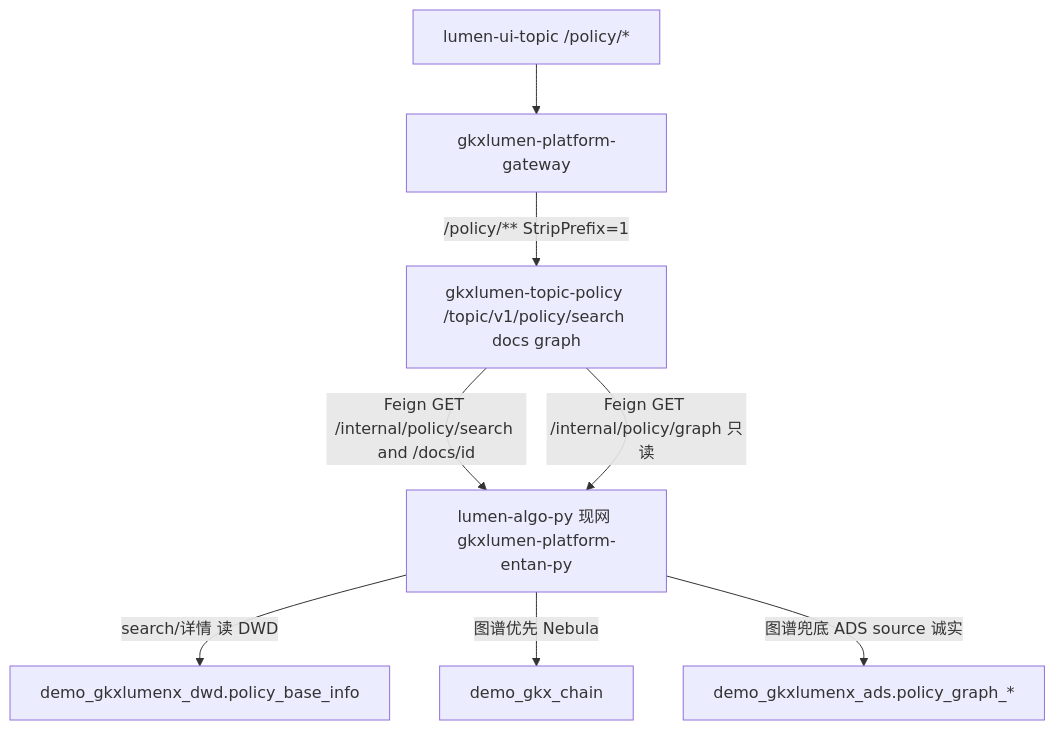
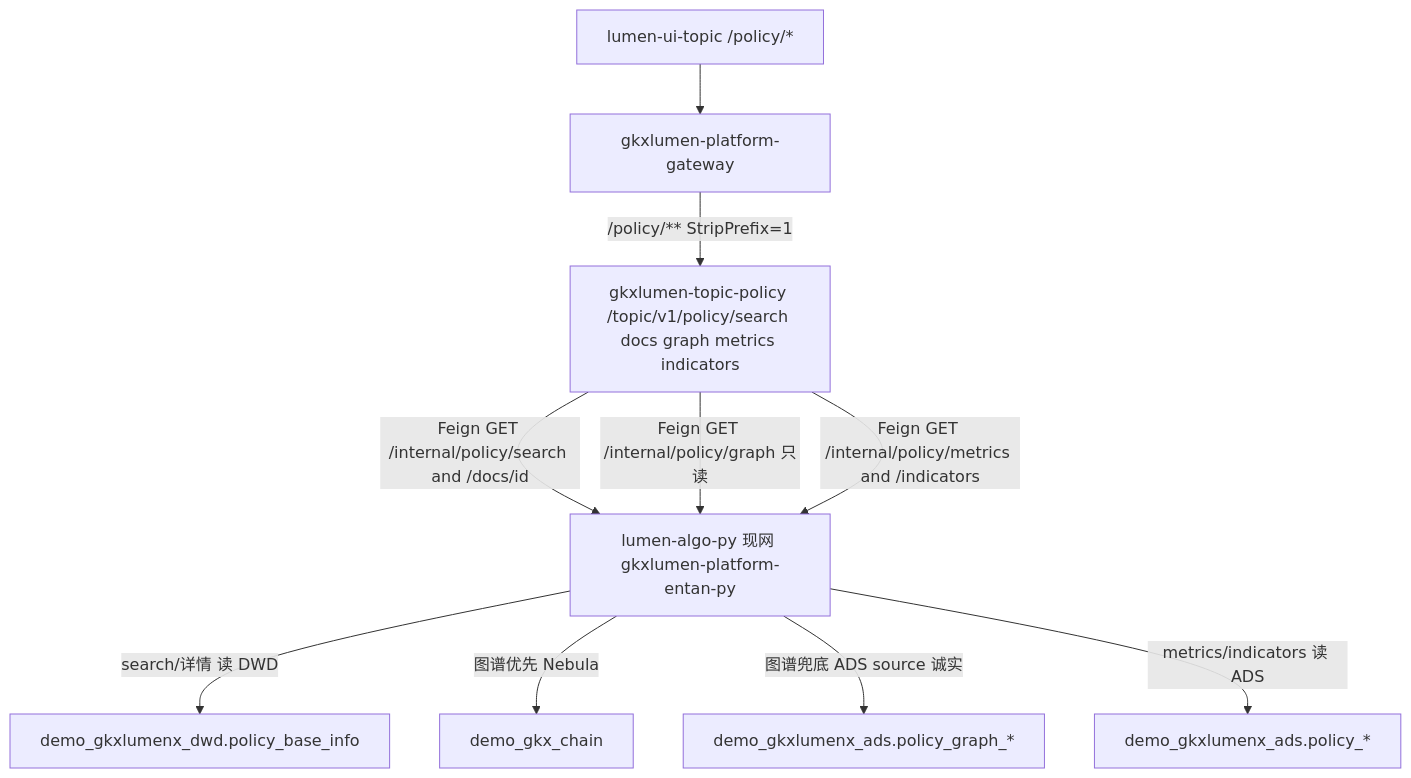
Before and after one commit to Marisolebxf/-: the fourth of 4 diagrams in agent-delivery/data/data-design/storage/POLICY/01-data-flow.md, drawn with Mermaid. The commit also changed other lines of this file and 1 other file, not shown here.

First line of the commit message:
docs(policy): C-METRICS handoff and POLICY-STORAGE-FLOW metrics read edge [agent:api-agent]

````diff
--- a/agent-delivery/data/data-design/storage/POLICY/01-data-flow.md
+++ b/agent-delivery/data/data-design/storage/POLICY/01-data-flow.md
@@ -92,10 +92,12 @@
 ```mermaid
 flowchart TB
   TOPIC["lumen-ui-topic /policy/*"] --> GW3["gkxlumen-platform-gateway"]
-  GW3 -->|"/policy/** StripPrefix=1"| JAVA3["gkxlumen-topic-policy /topic/v1/policy/search docs graph"]
+  GW3 -->|"/policy/** StripPrefix=1"| JAVA3["gkxlumen-topic-policy /topic/v1/policy/search docs graph metrics indicators"]
   JAVA3 -->|"Feign GET /internal/policy/search and /docs/id"| PY3["lumen-algo-py 现网 gkxlumen-platform-entan-py"]
   JAVA3 -->|"Feign GET /internal/policy/graph 只读"| PY3
+  JAVA3 -->|"Feign GET /internal/policy/metrics and /indicators"| PY3
   PY3 -->|"search/详情 读 DWD"| DWD3["demo_gkxlumenx_dwd.policy_base_info"]
   PY3 -->|"图谱优先 Nebula"| NEB3["demo_gkx_chain"]
   PY3 -->|"图谱兜底 ADS source 诚实"| ADS3["demo_gkxlumenx_ads.policy_graph_*"]
+  PY3 -->|"metrics/indicators 读 ADS"| ADSM["demo_gkxlumenx_ads.policy_*"]
 ```
````
